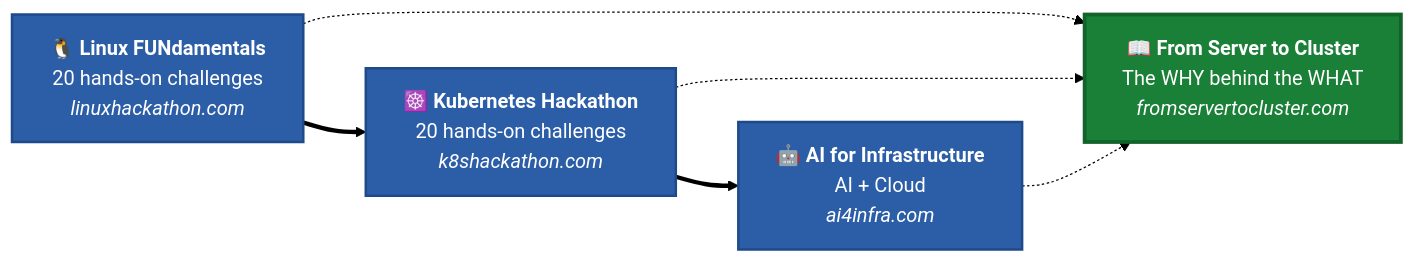
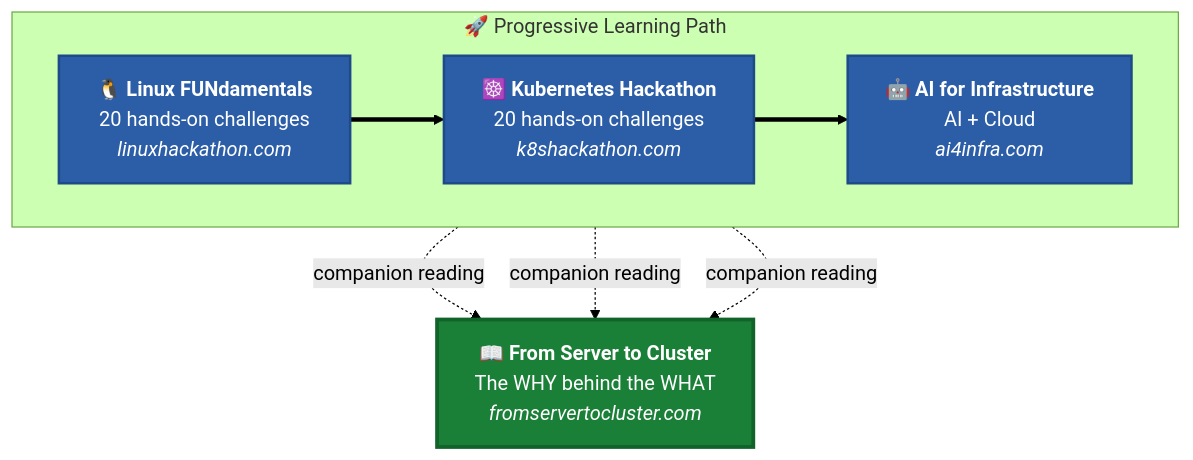
The diagram in README.md (ricmmartins/from-server-to-cluster), drawn with Mermaid (forest theme) before and after one commit.

Commit message:
Redesign Mermaid diagram: horizontal learning path with book below as companion

````diff
--- a/README.md
+++ b/README.md
@@ -61,23 +61,24 @@
 ```mermaid
-flowchart LR
-    A["🐧 <b>Linux FUNdamentals</b><br/>20 hands-on challenges<br/><i>linuxhackathon.com</i>"]
-    B["☸️ <b>Kubernetes Hackathon</b><br/>20 hands-on challenges<br/><i>k8shackathon.com</i>"]
-    C["🤖 <b>AI for Infrastructure</b><br/>AI + Cloud<br/><i>ai4infra.com</i>"]
+flowchart TB
+    subgraph journey["🚀 Progressive Learning Path"]
+        direction LR
+        A["🐧 <b>Linux FUNdamentals</b><br/>20 hands-on challenges<br/><i>linuxhackathon.com</i>"] ==> B["☸️ <b>Kubernetes Hackathon</b><br/>20 hands-on challenges<br/><i>k8shackathon.com</i>"] ==> C["🤖 <b>AI for Infrastructure</b><br/>AI + Cloud<br/><i>ai4infra.com</i>"]
+    end
+
+    A -.->|companion reading| D
+    B -.->|companion reading| D
+    C -.->|companion reading| D
+
     D["📖 <b>From Server to Cluster</b><br/>The WHY behind the WHAT<br/><i>fromservertocluster.com</i>"]
-
-    A ==> B ==> C
-    A -.-> D
-    B -.-> D
-    C -.-> D
 
     classDef challenge fill:#2b5ea7,stroke:#1e4a8a,color:#fff,stroke-width:2px
     classDef book fill:#1a7f37,stroke:#116329,color:#fff,stroke-width:3px
 
     class A,B,C challenge
     class D book
 
     click A "https://linuxhackathon.com" _blank
     click B "https://k8shackathon.com" _blank
     click C "https://ai4infra.com" _blank
     click D "https://fromservertocluster.com" _blank
 ```
````
